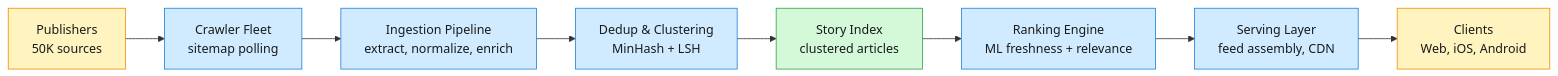
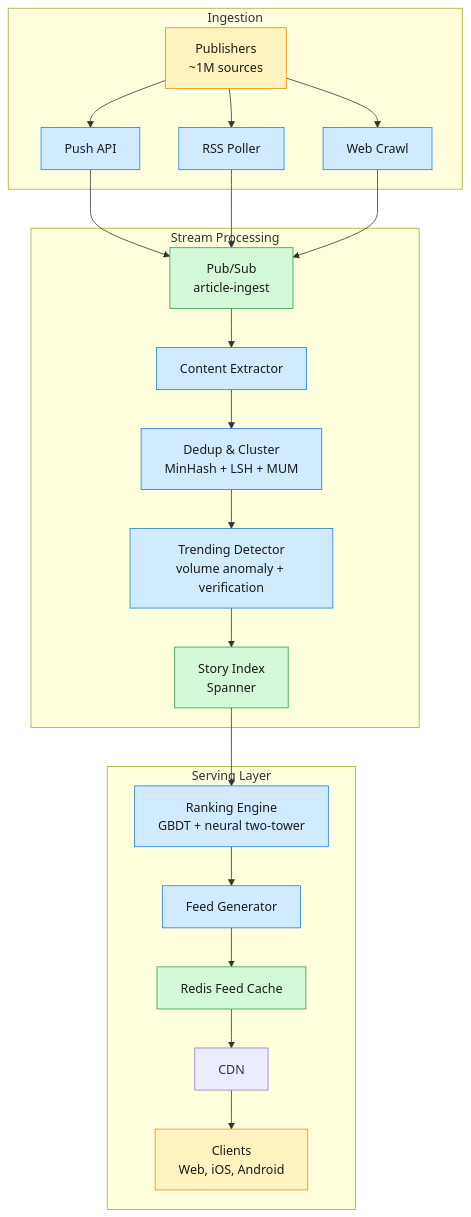
Before and after one commit to iliazlobin/iliazlobin.github.io: the first of 2 diagrams in _posts/2026-06-29-system-design-google-news.md, drawn with Mermaid. The commit also changed other lines of this file and 30 other files, not shown here.

````diff
--- a/_posts/2026-06-29-system-design-google-news.md
+++ b/_posts/2026-06-29-system-design-google-news.md
@@ -16,17 +17,31 @@
 ```mermaid
-graph LR
-    A["Publishers<br/>50K sources"] --> B["Crawler Fleet<br/>sitemap polling"]
-    B --> C["Ingestion Pipeline<br/>extract, normalize, enrich"]
-    C --> D["Dedup & Clustering<br/>MinHash + LSH"]
-    D --> E["Story Index<br/>clustered articles"]
-    E --> F["Ranking Engine<br/>ML freshness + relevance"]
-    F --> G["Serving Layer<br/>feed assembly, CDN"]
-    G --> H["Clients<br/>Web, iOS, Android"]
+graph TB
+    subgraph Ingestion["Ingestion"]
+        A["Publishers<br/>~1M sources"] --> B["Push API"]
+        A --> C["RSS Poller"]
+        A --> D["Web Crawl"]
+    end
+    subgraph Processing["Stream Processing"]
+        B --> E["Pub/Sub<br/>article-ingest"]
+        C --> E
+        D --> E
+        E --> F["Content Extractor"]
+        F --> G["Dedup &amp; Cluster<br/>MinHash + LSH + MUM"]
+        G --> H["Trending Detector<br/>volume anomaly + verification"]
+        H --> I["Story Index<br/>Spanner"]
+    end
+    subgraph Serving["Serving Layer"]
+        I --> J["Ranking Engine<br/>GBDT + neural two-tower"]
+        J --> K["Feed Generator"]
+        K --> L["Redis Feed Cache"]
+        L --> M["CDN"]
+        M --> N["Clients<br/>Web, iOS, Android"]
+    end
 
     classDef edge fill:#fff3bf,stroke:#f08c00,color:#1a1a1a;
     classDef svc fill:#d0ebff,stroke:#1c7ed6,color:#1a1a1a;
     classDef store fill:#d3f9d8,stroke:#2f9e44,color:#1a1a1a;
-    class B,C,D,F,G svc;
-    class E store;
-    class A,H edge;
+    class B,C,D,F,G,H,J,K svc;
+    class E,I,L store;
+    class A,N edge;
 ```
````
